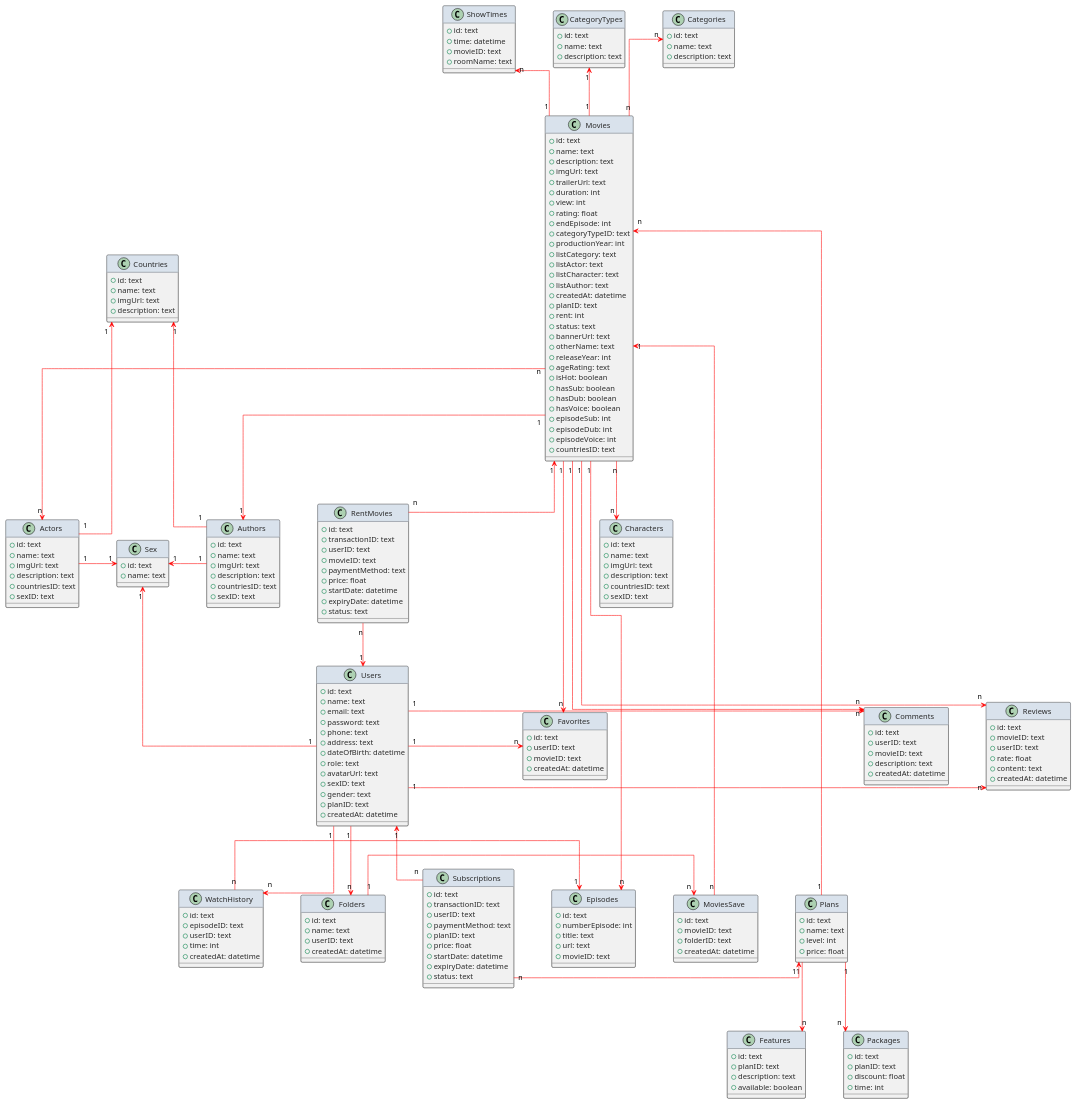
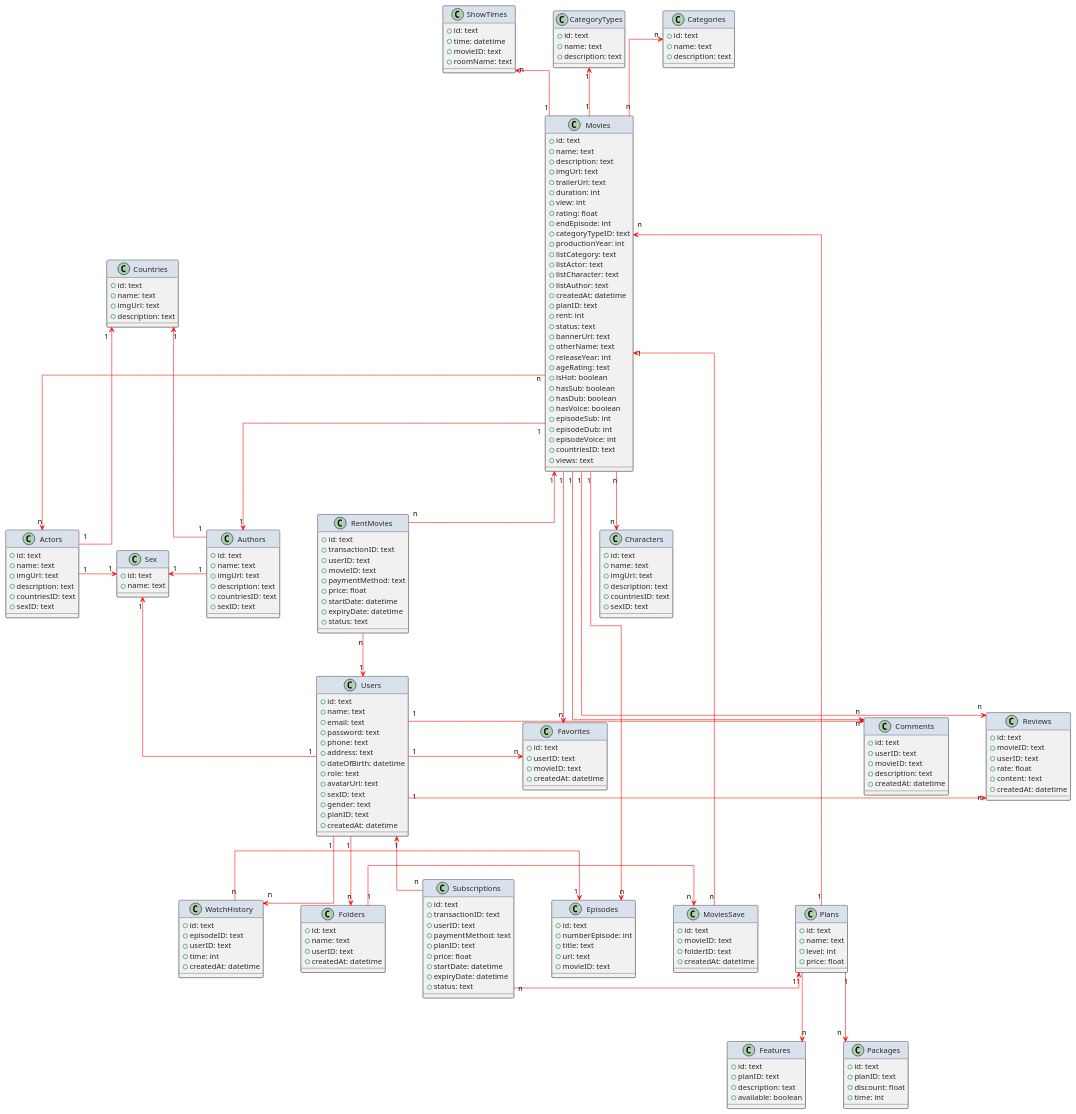
Before and after one commit to NV-DuyManh/Web-Film-Modern: the diagram in ClassWebFilm.pu, drawn with PlantUML. The commit also changed 22 other files, not shown here.

Commit message:
Add Some Chart Admin Dashboard

```diff
--- a/ClassWebFilm.pu
+++ b/ClassWebFilm.pu
@@ -89,6 +89,7 @@
     + episodeDub: int
     + episodeVoice: int
     + countriesID: text
+    + views: text
 }
 
 class Episodes {
```
